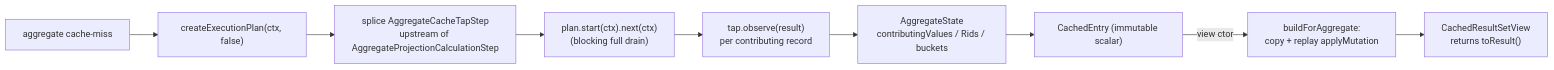
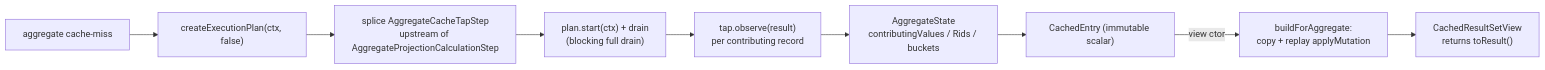
Before and after one commit to JetBrains/youtrackdb: the diagram in docs/adr/YTDB-820-tx-result-cache/_workflow/plan/track-2.md, drawn with Mermaid. The commit also changed other lines of this file and 7 other files, not shown here.

````diff
--- a/docs/adr/YTDB-820-tx-result-cache/_workflow/plan/track-2.md
+++ b/docs/adr/YTDB-820-tx-result-cache/_workflow/plan/track-2.md
@@ -66,11 +118,11 @@
 ```mermaid
 flowchart LR
     Miss["aggregate cache-miss"] --> Plan["createExecutionPlan(ctx, false)"]
     Plan --> Splice["splice AggregateCacheTapStep\nupstream of AggregateProjectionCalculationStep"]
-    Splice --> Drive["plan.start(ctx).next(ctx)\n(blocking full drain)"]
+    Splice --> Drive["plan.start(ctx) + drain\n(blocking full drain)"]
     Drive --> Obs["tap.observe(result)\nper contributing record"]
     Obs --> State["AggregateState\ncontributingValues / Rids / buckets"]
     State --> Entry["CachedEntry (immutable scalar)"]
     Entry -->|view ctor| Copy["buildForAggregate:\ncopy + replay applyMutation"]
     Copy --> View["CachedResultSetView\nreturns toResult()"]
 ```
````
